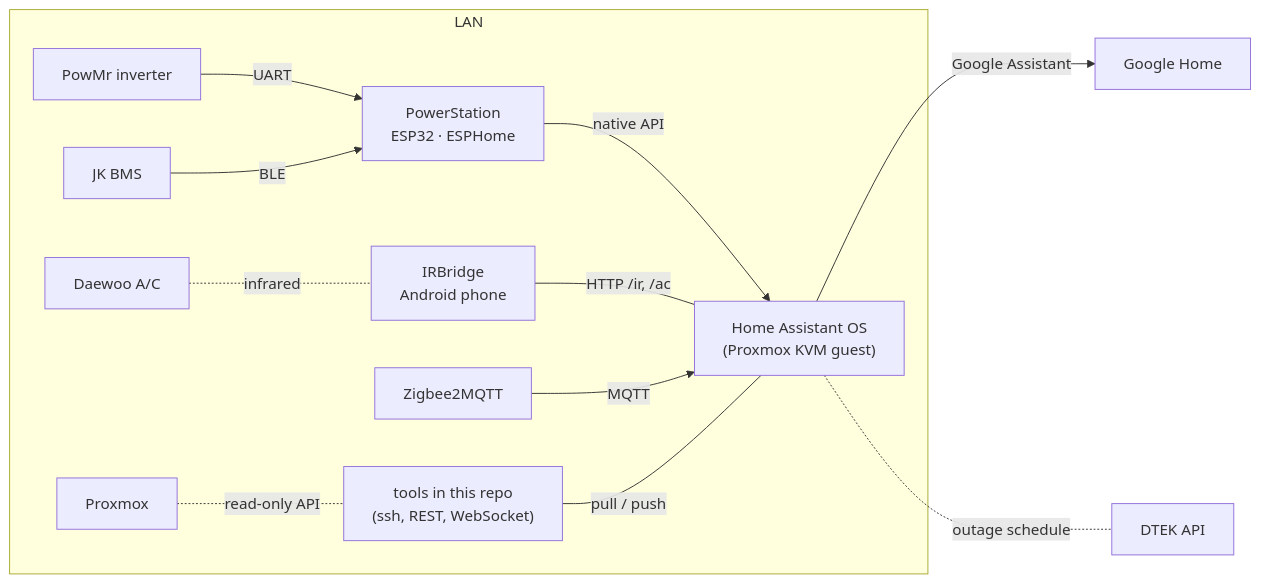
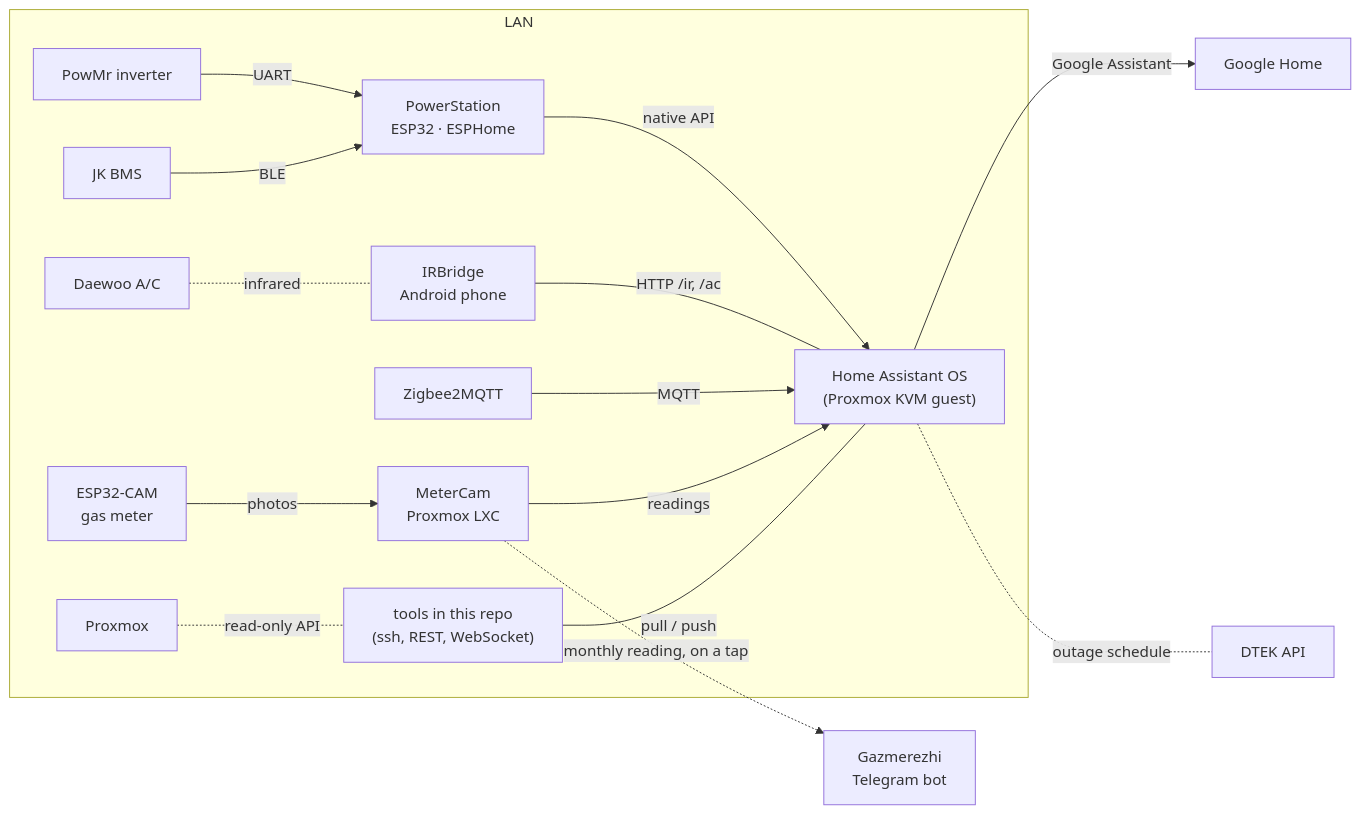
Before and after one commit to AlexandrLisitsa/HomeSweetHome: the diagram in README.md, drawn with Mermaid. The commit also changed other lines of this file and 22 other files, not shown here.

First line of the commit message:
Monthly gas reading to Gazmerezhi's Telegram bot, confirmed from the phone

````diff
--- a/README.md
+++ b/README.md
@@ -11,16 +11,19 @@
 ```mermaid
 flowchart LR
     subgraph LAN
         HA["Home Assistant OS<br/>(Proxmox KVM guest)"]
         PS["PowerStation<br/>ESP32 · ESPHome"] -- "native API" --> HA
         INV["PowMr inverter"] -- UART --> PS
         BMS["JK BMS"] -- BLE --> PS
         IR["IRBridge<br/>Android phone"] -- "HTTP /ir, /ac" --- HA
         AC["Daewoo A/C"] -. "infrared" .- IR
         Z2M["Zigbee2MQTT"] -- MQTT --> HA
+        CAM["ESP32-CAM<br/>gas meter"] -- "photos" --> MC["MeterCam<br/>Proxmox LXC"]
+        MC -- "readings" --> HA
         PVE["Proxmox"] -. "read-only API" .- TOOLS
     end
     HA -- "Google Assistant" --> GH["Google Home"]
     HA -. "outage schedule" .- DTEK["DTEK API"]
+    MC -. "monthly reading, on a tap" .-> GRMU["Gazmerezhi<br/>Telegram bot"]
     TOOLS["tools in this repo<br/>(ssh, REST, WebSocket)"] -- "pull / push" --- HA
 ```
````
